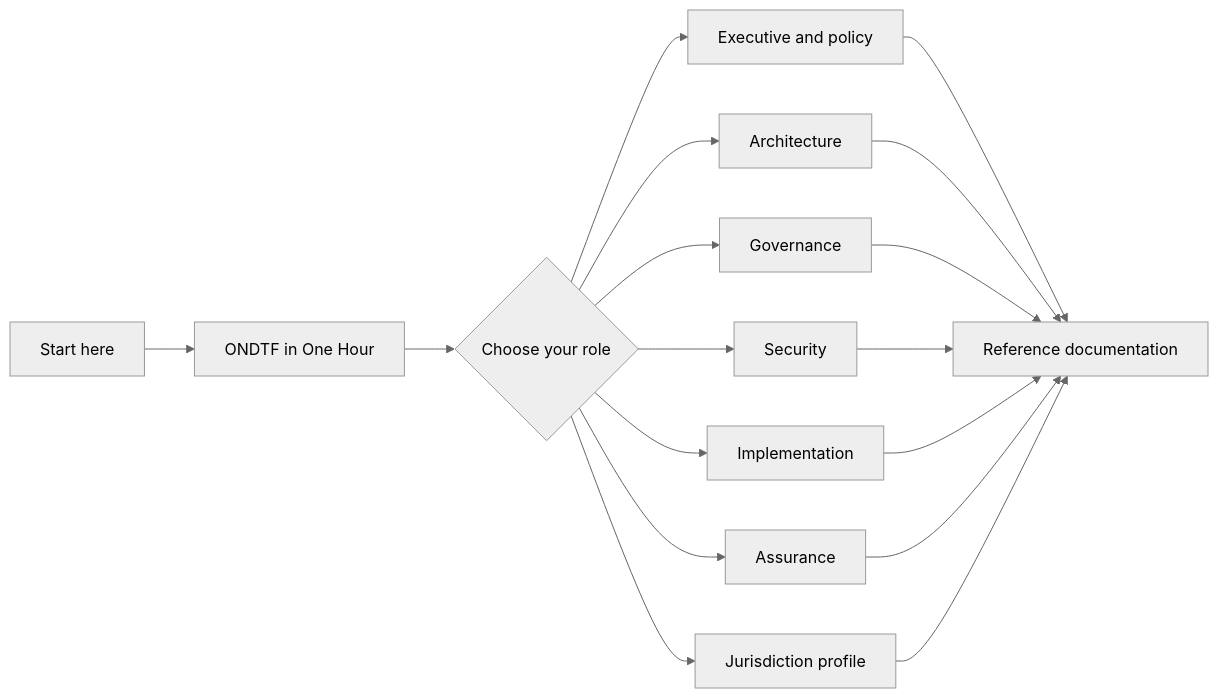
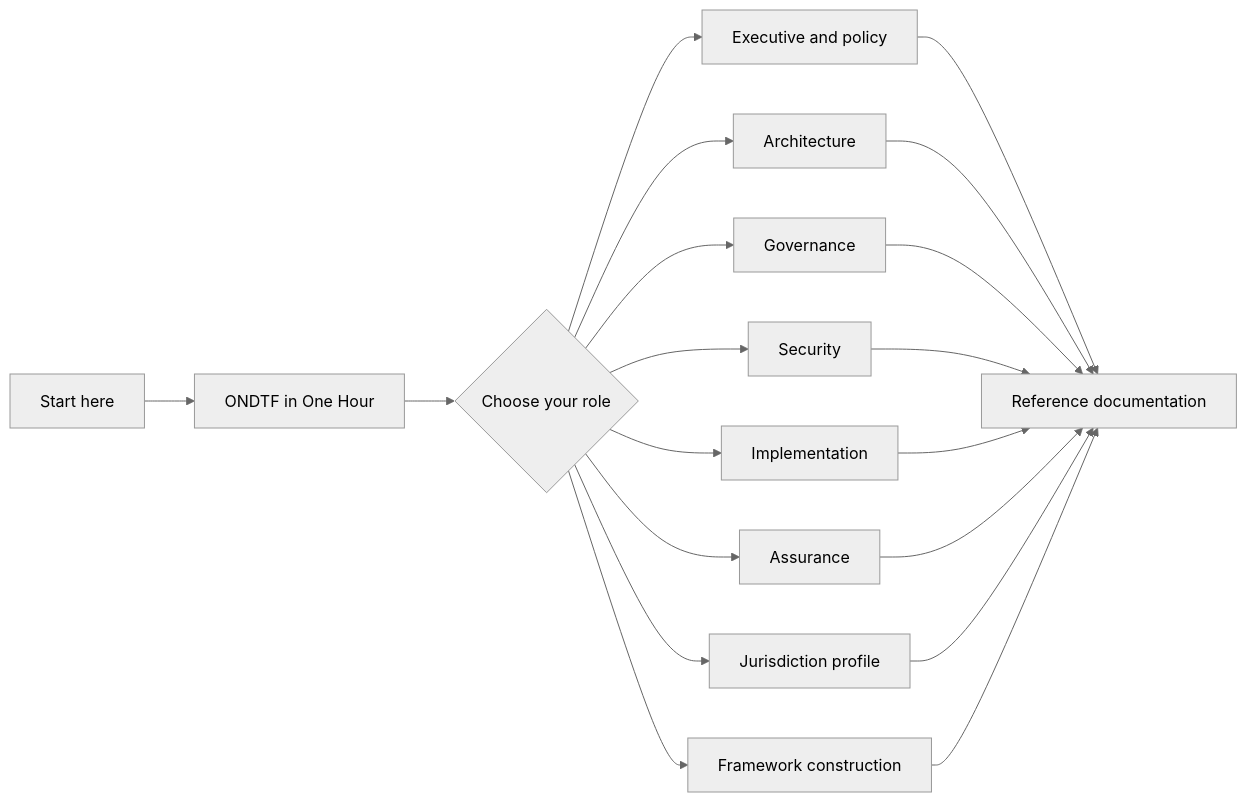
Before and after one commit to sankarshanmukhopadhyay/open-national-digital-trust-framework: the diagram in docs/learning/index.md, drawn with Mermaid (neutral theme). The commit also changed other lines of this file and 41 other files, not shown here.

First line of the commit message:
feat: add guided framework construction and governed profiles

````diff
--- a/docs/learning/index.md
+++ b/docs/learning/index.md
@@ -37,19 +38,21 @@
 ```mermaid
 flowchart LR
   START[Start here] --> HOUR[ONDTF in One Hour]
   HOUR --> ROLE{Choose your role}
   ROLE --> EP[Executive and policy]
   ROLE --> AR[Architecture]
   ROLE --> GV[Governance]
   ROLE --> SE[Security]
   ROLE --> IM[Implementation]
   ROLE --> AS[Assurance]
   ROLE --> JP[Jurisdiction profile]
+  ROLE --> FC[Framework construction]
   EP --> REF[Reference documentation]
   AR --> REF
   GV --> REF
   SE --> REF
   IM --> REF
   AS --> REF
   JP --> REF
+  FC --> REF
 ```
````
